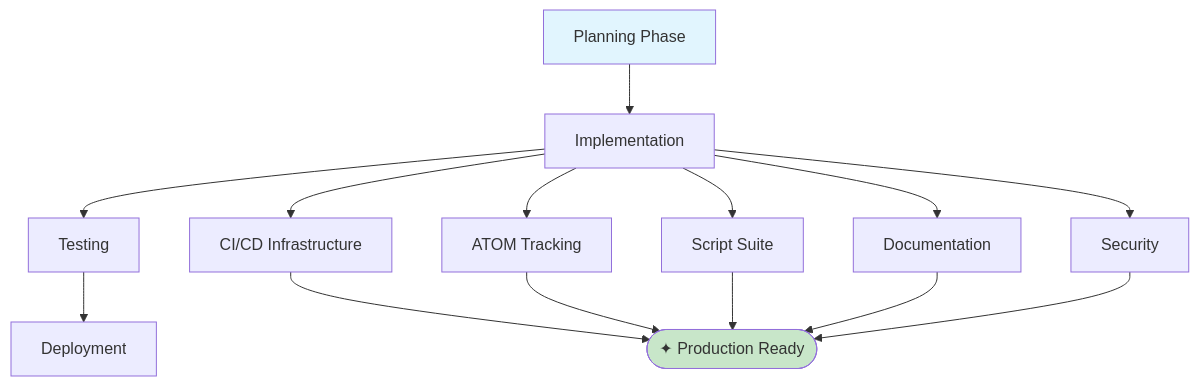
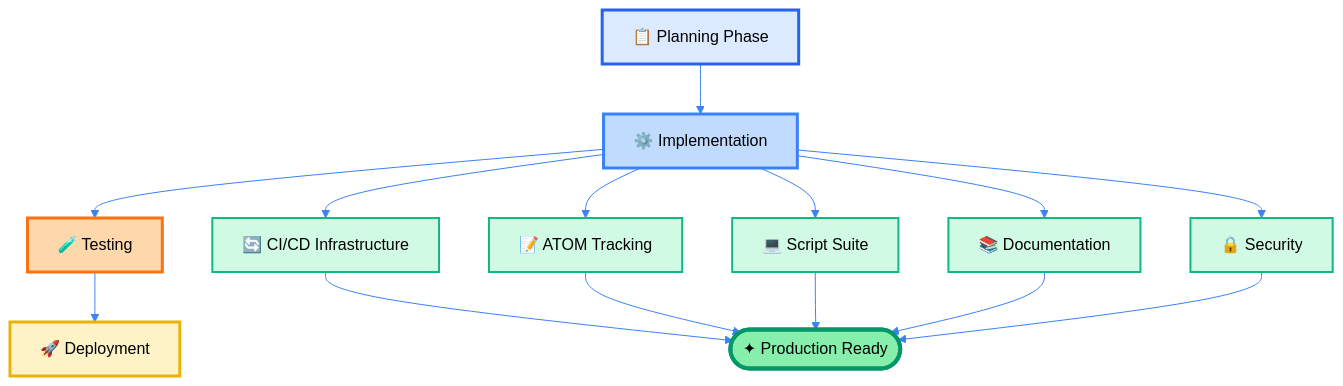
Before and after one commit to toolate28/SpiralSafe: the diagram in IMPLEMENTATION_SUMMARY.md, drawn with Mermaid. The commit also changed other lines of this file and 4 other files, not shown here.

Commit message:
Improve documentation: stable ASCII headers and enhanced Mermaid diagrams

````diff
--- a/IMPLEMENTATION_SUMMARY.md
+++ b/IMPLEMENTATION_SUMMARY.md
@@ -24,21 +26,30 @@
 ```mermaid
+%%{init: {'theme':'base', 'themeVariables': { 'primaryColor':'#4a9eff','primaryTextColor':'#000','primaryBorderColor':'#2563eb','lineColor':'#3b82f6','secondaryColor':'#34d399','tertiaryColor':'#fbbf24','noteBkgColor':'#fef3c7','noteTextColor':'#000'}}}%%
 graph TD
-    Plan[Planning Phase] --> Impl[Implementation]
-    Impl --> Test[Testing]
-    Test --> Deploy[Deployment]
+    Plan[📋 Planning Phase] --> Impl[⚙️ Implementation]
+    Impl --> Test[🧪 Testing]
+    Test --> Deploy[🚀 Deployment]
     
-    Impl --> CI[CI/CD Infrastructure]
-    Impl --> ATOM[ATOM Tracking]
-    Impl --> Scripts[Script Suite]
-    Impl --> Docs[Documentation]
-    Impl --> Security[Security]
+    Impl --> CI[🔄 CI/CD Infrastructure]
+    Impl --> ATOM[📝 ATOM Tracking]
+    Impl --> Scripts[💻 Script Suite]
+    Impl --> Docs[📚 Documentation]
+    Impl --> Security[🔒 Security]
     
     CI --> Complete([✦ Production Ready])
     ATOM --> Complete
     Scripts --> Complete
     Docs --> Complete
     Security --> Complete
     
-    style Plan fill:#e1f5fe
-    style Complete fill:#c8e6c9
+    style Plan fill:#dbeafe,stroke:#2563eb,stroke-width:3px,color:#000
+    style Impl fill:#bfdbfe,stroke:#3b82f6,stroke-width:3px,color:#000
+    style Test fill:#fed7aa,stroke:#f97316,stroke-width:3px,color:#000
+    style Deploy fill:#fef3c7,stroke:#eab308,stroke-width:3px,color:#000
+    style CI fill:#d1fae5,stroke:#10b981,stroke-width:2px,color:#000
+    style ATOM fill:#d1fae5,stroke:#10b981,stroke-width:2px,color:#000
+    style Scripts fill:#d1fae5,stroke:#10b981,stroke-width:2px,color:#000
+    style Docs fill:#d1fae5,stroke:#10b981,stroke-width:2px,color:#000
+    style Security fill:#d1fae5,stroke:#10b981,stroke-width:2px,color:#000
+    style Complete fill:#86efac,stroke:#059669,stroke-width:4px,color:#000
 ```
````
